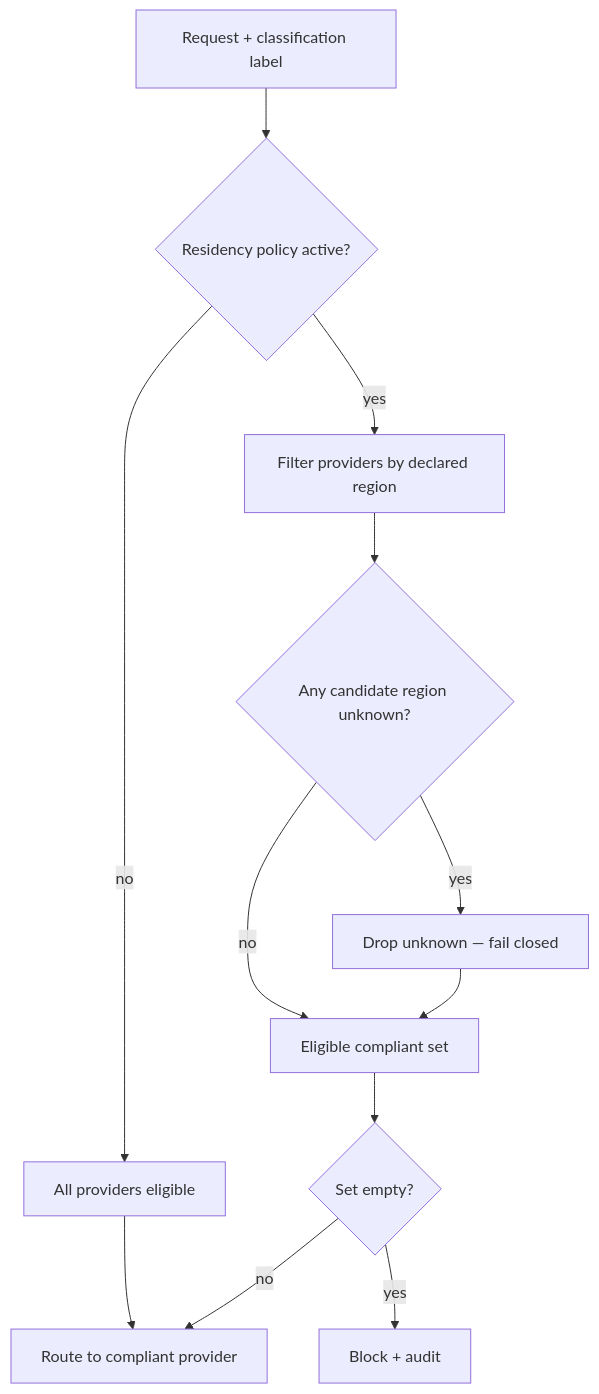
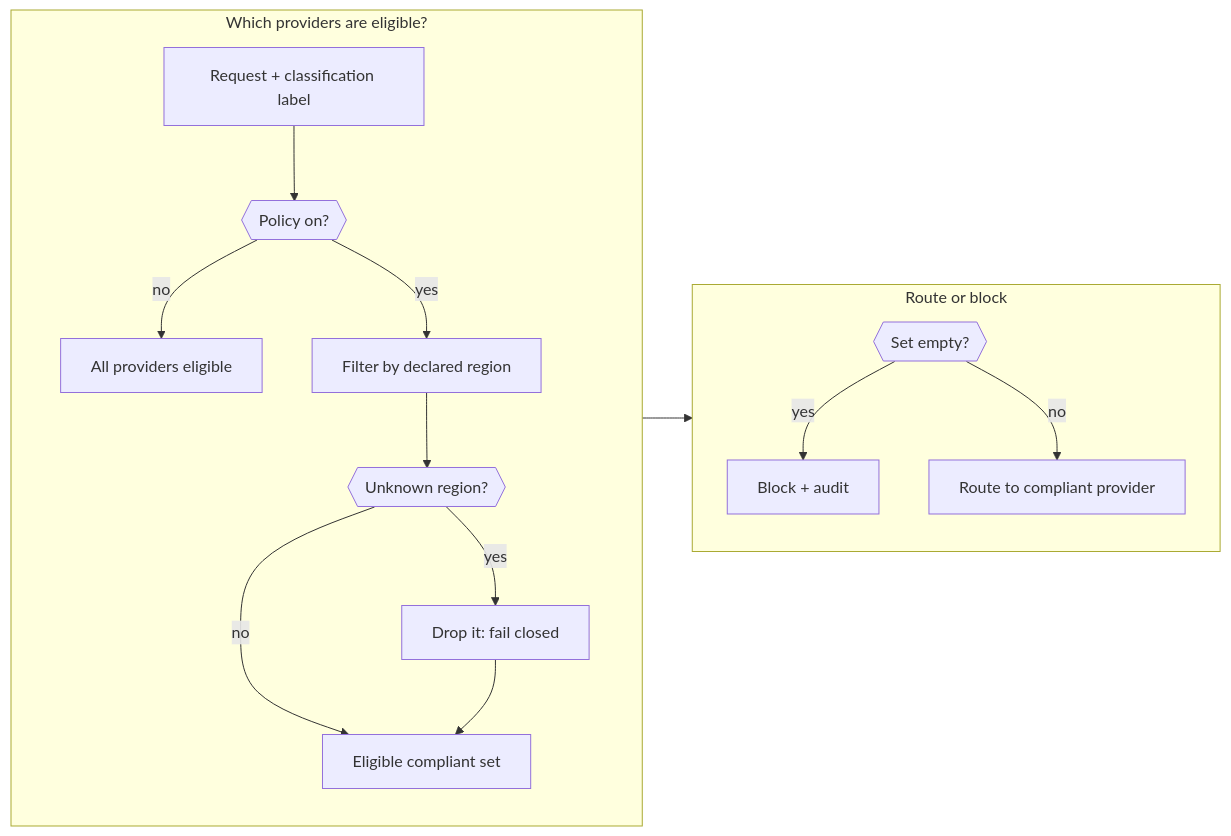
The diagram in _posts/2026-05-27-the-honest-parts-residency-tenancy-scope.md (e-choness/portfolio-site), drawn with Mermaid before and after one commit. The commit also changed 22 other files, not shown here.

Commit message:
improve diagram display

````diff
--- a/_posts/2026-05-27-the-honest-parts-residency-tenancy-scope.md
+++ b/_posts/2026-05-27-the-honest-parts-residency-tenancy-scope.md
@@ -20,14 +20,20 @@
 ```mermaid
-flowchart TD
-    REQ[Request + classification label] --> POL{Residency policy active?}
-    POL -- no --> ANY[All providers eligible]
-    ANY --> ROUTE
-    POL -- yes --> FILTER[Filter providers by declared region]
-    FILTER --> UNK{Any candidate region unknown?}
-    UNK -- yes --> DROP[Drop unknown — fail closed]
-    UNK -- no --> OK[Eligible compliant set]
-    DROP --> OK
-    OK --> EMPTY{Set empty?}
-    EMPTY -- yes --> BLOCK[Block + audit]
-    EMPTY -- no --> ROUTE[Route to compliant provider]
+flowchart LR
+    subgraph eligible["Which providers are eligible?"]
+        direction TB
+        REQ[Request + classification label] --> POL@{ shape: hex, label: "Policy on?" }
+        POL -- no --> ANY[All providers eligible]
+        POL -- yes --> FILTER[Filter by declared region]
+        FILTER --> UNK@{ shape: hex, label: "Unknown region?" }
+        UNK -- yes --> DROP[Drop it: fail closed]
+        UNK -- no --> OK[Eligible compliant set]
+        DROP --> OK
+    end
+    subgraph decide["Route or block"]
+        direction TB
+        EMPTY@{ shape: hex, label: "Set empty?" }
+        EMPTY -- yes --> BLOCK[Block + audit]
+        EMPTY -- no --> ROUTE[Route to compliant provider]
+    end
+    eligible --> decide
 ```
````
